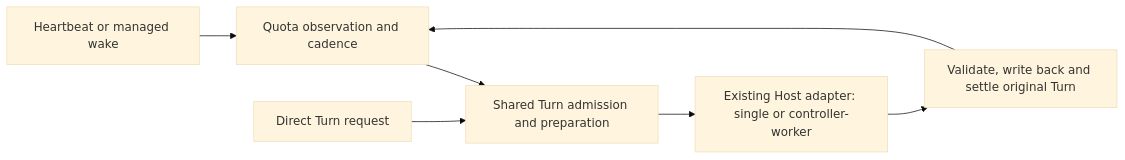
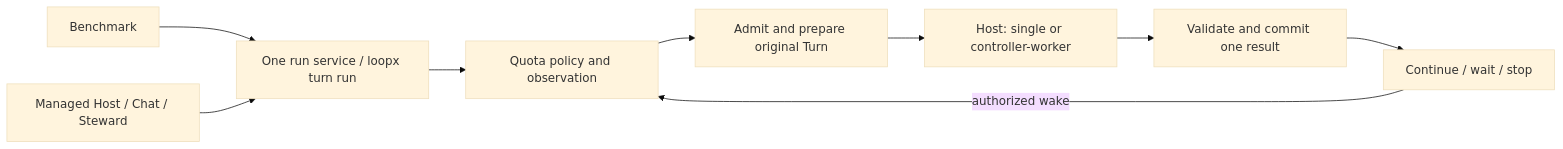
The ninth of 10 diagrams in docs/architecture/rfcs/controller-executor-unified-contract-v0.md (loopx-project/loopx), drawn with Mermaid (base theme) before and after one commit. The commit also changed other lines of this file and 4 other files, not shown here.

````diff
--- a/docs/architecture/rfcs/controller-executor-unified-contract-v0.md
+++ b/docs/architecture/rfcs/controller-executor-unified-contract-v0.md
@@ -1090,9 +1102,11 @@
 ```mermaid
 flowchart LR
-  H[Heartbeat or managed wake] --> O[Quota observation and cadence]
-  O --> A[Shared Turn admission and preparation]
-  D[Direct Turn request] --> A
-  A --> X[Existing Host adapter: single or controller-worker]
-  X --> V[Validate, write back and settle original Turn]
-  V --> O
+  B[Benchmark] --> R[One run service / loopx turn run]
+  P[Managed Host / Chat / Steward] --> R
+  R --> Q[Quota policy and observation]
+  Q --> A[Admit and prepare original Turn]
+  A --> X[Host: single or controller-worker]
+  X --> V[Validate and commit one result]
+  V --> W[Continue / wait / stop]
+  W -->|authorized wake| Q
 ```
````
